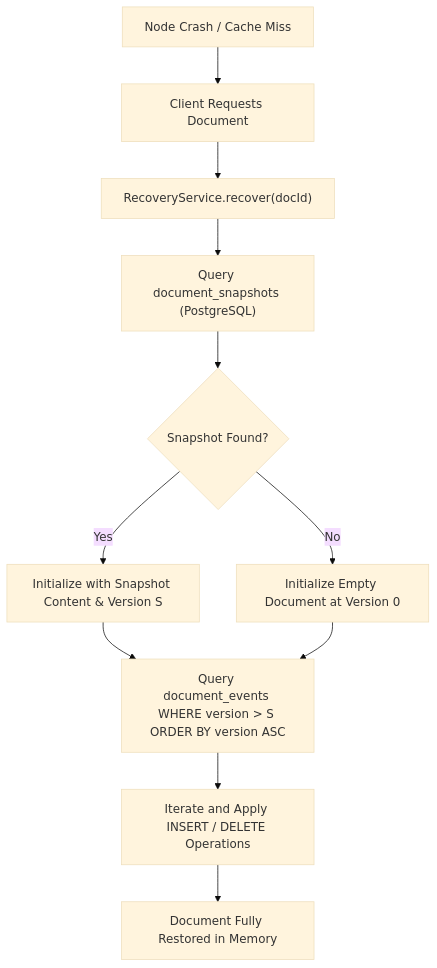
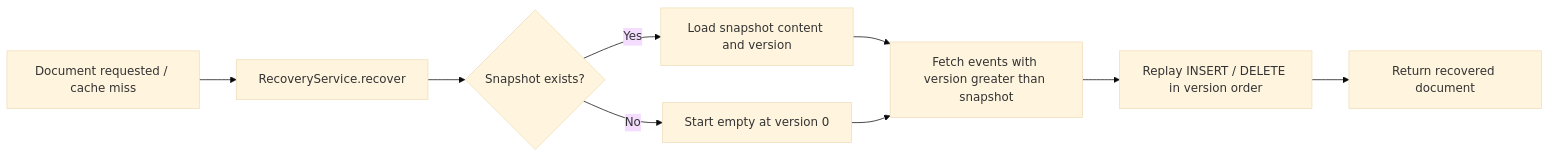
Before and after one commit to RambhuSingh1819/Smart-Border-Surveillance-System-SBSS-: the third of 4 diagrams in Readme.md, drawn with Mermaid (base theme). The commit also changed other lines of this file, not shown here.

Commit message:
Add comprehensive project documentation with diagrams

````diff
--- a/Readme.md
+++ b/Readme.md
@@ -171,13 +114,11 @@
 ```mermaid
-flowchart TD
-    Crash["Node Crash / Cache Miss"] --> Req["Client Requests Document"]
-    Req --> Rec["RecoveryService.recover(docId)"]
-    Rec --> Snap["Query document_snapshots (PostgreSQL)"]
-    Snap --> Check{"Snapshot Found?"}
-    Check -- Yes --> LoadSnap["Initialize with Snapshot Content & Version S"]
-    Check -- No --> InitZero["Initialize Empty Document at Version 0"]
-    LoadSnap --> Events["Query document_events WHERE version > S ORDER BY version ASC"]
-    InitZero --> Events
-    Events --> Replay["Iterate and Apply INSERT / DELETE Operations"]
-    Replay --> Ready["Document Fully Restored in Memory"]
+flowchart LR
+    Request[Document requested / cache miss] --> Recover[RecoveryService.recover]
+    Recover --> Snapshot{Snapshot exists?}
+    Snapshot -- Yes --> Load[Load snapshot content and version]
+    Snapshot -- No --> Empty[Start empty at version 0]
+    Load --> Events[Fetch events with version greater than snapshot]
+    Empty --> Events
+    Events --> Replay[Replay INSERT / DELETE in version order]
+    Replay --> Ready[Return recovered document]
 ```
````
